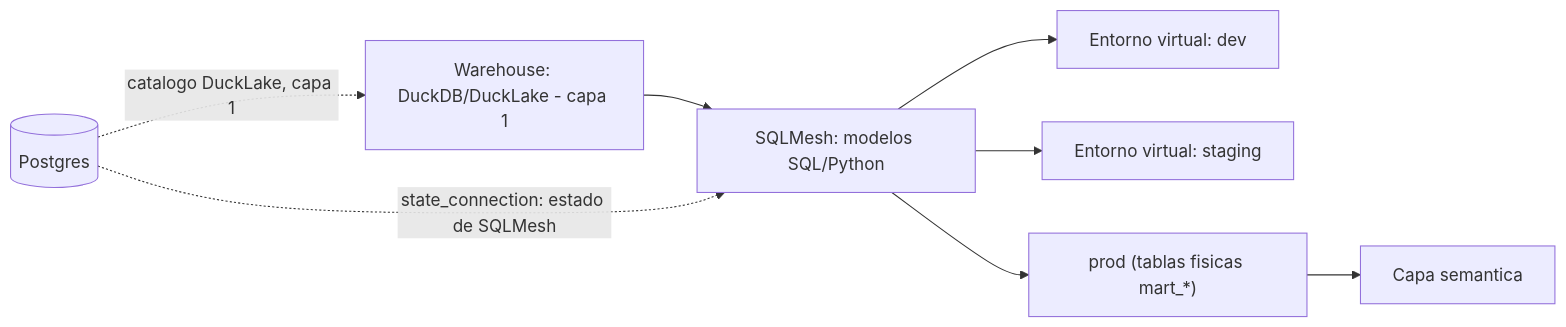
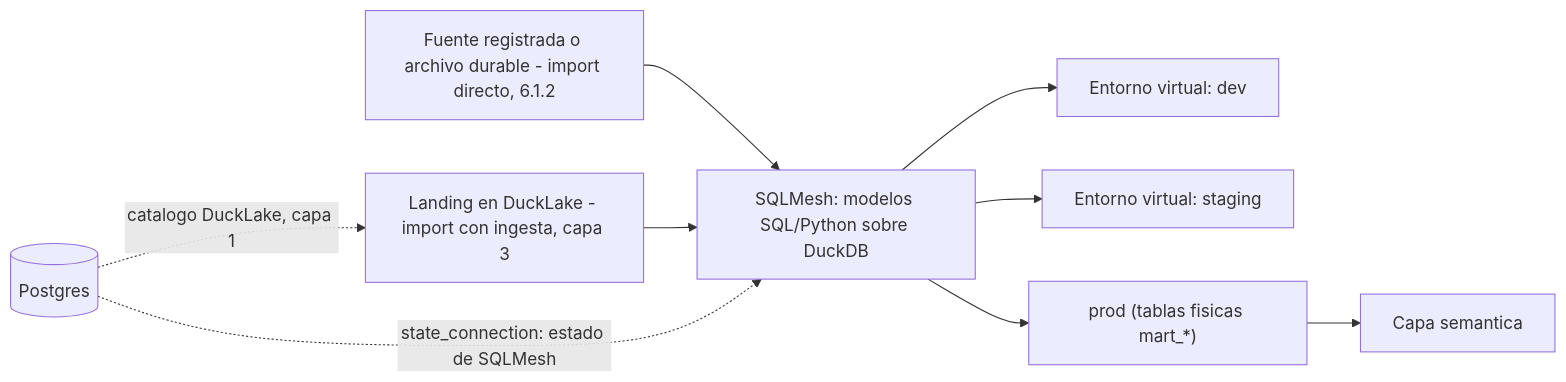
The diagram in docs/02-transformacion.md (eribertocz/atlasbi), drawn with Mermaid before and after one commit. The commit also changed other lines of this file and 12 other files, not shown here.

````diff
--- a/docs/02-transformacion.md
+++ b/docs/02-transformacion.md
@@ -97,10 +97,11 @@
 ```mermaid
 flowchart LR
-    A[Warehouse: DuckDB/DuckLake - capa 1] --> B[SQLMesh: modelos SQL/Python]
+    S[Fuente registrada o archivo durable - import directo, 6.1.2] --> B[SQLMesh: modelos SQL/Python sobre DuckDB]
+    A[Landing en DuckLake - import con ingesta, capa 3] --> B
     B --> C[Entorno virtual: dev]
     B --> D[Entorno virtual: staging]
     B --> E["prod (tablas fisicas mart_*)"]
     F[(Postgres)] -.state_connection: estado de SQLMesh.-> B
     F -.catalogo DuckLake, capa 1.-> A
     E --> G[Capa semantica]
 ```
````
